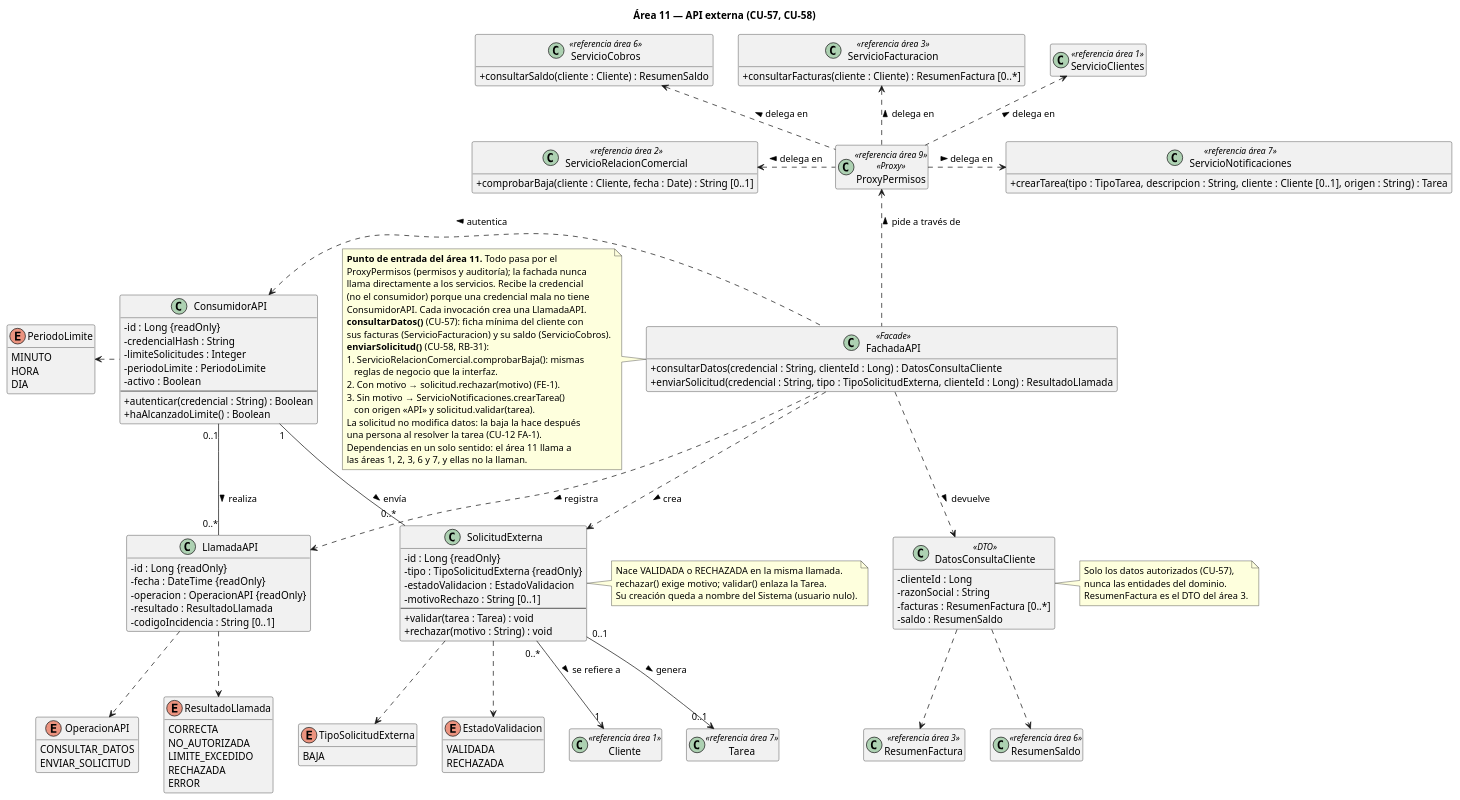
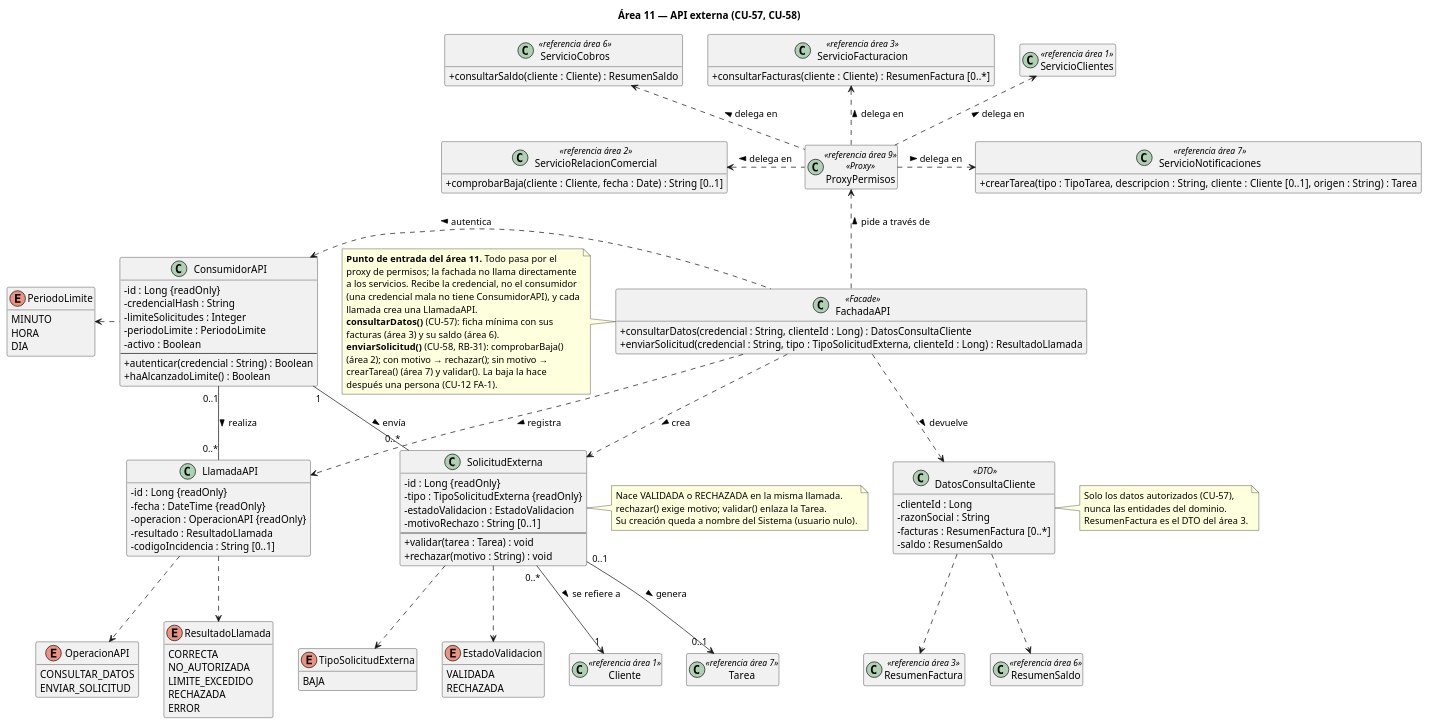
One commit to naybetaomar/AyDA-ProyectoBebes changed the diagram in Entrega2_GrupoBebes/entrega2/diagramas/clases/area11/area11_api_externa.puml. Above: the diagram before and after it, drawn with PlantUML. The commit also changed 98 other files, not shown here.

Commit message:
Ajuste de los diagramas de secuencia, generacion de imagenes para el PDF

```diff
--- a/Entrega2_GrupoBebes/entrega2/diagramas/clases/area11/area11_api_externa.puml
+++ b/Entrega2_GrupoBebes/entrega2/diagramas/clases/area11/area11_api_externa.puml
@@ -1,154 +1,148 @@
 @startuml area11_api_externa
 skinparam classAttributeIconSize 0
 hide empty members
 title Área 11 — API externa (CU-57, CU-58)
 
 ' ---------- Patrón Facade ----------
 class FachadaAPI <<Facade>> {
   + consultarDatos(credencial : String, clienteId : Long) : DatosConsultaCliente
   + enviarSolicitud(credencial : String, tipo : TipoSolicitudExterna, clienteId : Long) : ResultadoLlamada
 }
 
 ' ---------- Modelo propio del área 11 ----------
 class ConsumidorAPI {
   - id : Long {readOnly}
   - credencialHash : String
   - limiteSolicitudes : Integer
   - periodoLimite : PeriodoLimite
   - activo : Boolean
   --
   + autenticar(credencial : String) : Boolean
   + haAlcanzadoLimite() : Boolean
 }
 
 class LlamadaAPI {
   - id : Long {readOnly}
   - fecha : DateTime {readOnly}
   - operacion : OperacionAPI {readOnly}
   - resultado : ResultadoLlamada
   - codigoIncidencia : String [0..1]
 }
 
 class SolicitudExterna {
   - id : Long {readOnly}
   - tipo : TipoSolicitudExterna {readOnly}
   - estadoValidacion : EstadoValidacion
   - motivoRechazo : String [0..1]
   --
   + validar(tarea : Tarea) : void
   + rechazar(motivo : String) : void
 }
 
 class DatosConsultaCliente <<DTO>> {
   - clienteId : Long
   - razonSocial : String
   - facturas : ResumenFactura [0..*]
   - saldo : ResumenSaldo
 }
 
 ' ---------- Enumerados propios del área ----------
 enum OperacionAPI {
   CONSULTAR_DATOS
   ENVIAR_SOLICITUD
 }
 enum ResultadoLlamada {
   CORRECTA
   NO_AUTORIZADA
   LIMITE_EXCEDIDO
   RECHAZADA
   ERROR
 }
 enum PeriodoLimite {
   MINUTO
   HORA
   DIA
 }
 enum TipoSolicitudExterna {
   BAJA
 }
 enum EstadoValidacion {
   VALIDADA
   RECHAZADA
 }
 
 ' ---------- Referencias de otras áreas ----------
 class ProxyPermisos <<referencia área 9>> <<Proxy>>
 class ServicioClientes <<referencia área 1>>
 class ServicioFacturacion <<referencia área 3>> {
   + consultarFacturas(cliente : Cliente) : ResumenFactura [0..*]
 }
 class ServicioCobros <<referencia área 6>> {
   + consultarSaldo(cliente : Cliente) : ResumenSaldo
 }
 class ServicioRelacionComercial <<referencia área 2>> {
   + comprobarBaja(cliente : Cliente, fecha : Date) : String [0..1]
 }
 class ServicioNotificaciones <<referencia área 7>> {
   + crearTarea(tipo : TipoTarea, descripcion : String, cliente : Cliente [0..1], origen : String) : Tarea
 }
 class ResumenFactura <<referencia área 3>>
 class ResumenSaldo <<referencia área 6>>
 class Cliente <<referencia área 1>>
 class Tarea <<referencia área 7>>
 
 ' ---------- Facade ----------
 FachadaAPI .left.> ConsumidorAPI : autentica >
 FachadaAPI .down.> LlamadaAPI : registra >
 FachadaAPI .down.> SolicitudExterna : crea >
 FachadaAPI .down.> DatosConsultaCliente : devuelve >
 FachadaAPI .up.> ProxyPermisos : pide a través de >
 
 ' ---------- Asociaciones ----------
 ConsumidorAPI "0..1" -down- "0..*" LlamadaAPI : realiza >
 ConsumidorAPI "1" -down- "0..*" SolicitudExterna : envía >
 SolicitudExterna "0..*" -down-> "1" Cliente : se refiere a >
 SolicitudExterna "0..1" -down-> "0..1" Tarea : genera >
 DatosConsultaCliente .down.> ResumenFactura
 DatosConsultaCliente .down.> ResumenSaldo
 
 ' ---------- Uso de enumerados ----------
 ConsumidorAPI .left.> PeriodoLimite
 LlamadaAPI .down.> OperacionAPI
 LlamadaAPI .down.> ResultadoLlamada
 SolicitudExterna .down.> TipoSolicitudExterna
 SolicitudExterna .down.> EstadoValidacion
 
 ' ---------- Proxy y servicios de cada área ----------
 ProxyPermisos .up.> ServicioClientes : delega en >
 ProxyPermisos .up.> ServicioFacturacion : delega en >
 ProxyPermisos .up.> ServicioCobros : delega en >
 ProxyPermisos .left.> ServicioRelacionComercial : delega en >
 ProxyPermisos .right.> ServicioNotificaciones : delega en >
 
 note left of FachadaAPI
   **Punto de entrada del área 11.** Todo pasa por el
-  ProxyPermisos (permisos y auditoría); la fachada nunca
-  llama directamente a los servicios. Recibe la credencial
-  (no el consumidor) porque una credencial mala no tiene
-  ConsumidorAPI. Cada invocación crea una LlamadaAPI.
-  **consultarDatos()** (CU-57): ficha mínima del cliente con
-  sus facturas (ServicioFacturacion) y su saldo (ServicioCobros).
-  **enviarSolicitud()** (CU-58, RB-31):
-  1. ServicioRelacionComercial.comprobarBaja(): mismas
-     reglas de negocio que la interfaz.
-  2. Con motivo → solicitud.rechazar(motivo) (FE-1).
-  3. Sin motivo → ServicioNotificaciones.crearTarea()
-     con origen «API» y solicitud.validar(tarea).
-  La solicitud no modifica datos: la baja la hace después
-  una persona al resolver la tarea (CU-12 FA-1).
-  Dependencias en un solo sentido: el área 11 llama a
-  las áreas 1, 2, 3, 6 y 7, y ellas no la llaman.
+  proxy de permisos; la fachada no llama directamente
+  a los servicios. Recibe la credencial, no el consumidor
+  (una credencial mala no tiene ConsumidorAPI), y cada
+  llamada crea una LlamadaAPI.
+  **consultarDatos()** (CU-57): ficha mínima con sus
+  facturas (área 3) y su saldo (área 6).
+  **enviarSolicitud()** (CU-58, RB-31): comprobarBaja()
+  (área 2); con motivo → rechazar(); sin motivo →
+  crearTarea() (área 7) y validar(). La baja la hace
+  después una persona (CU-12 FA-1).
 end note
 
 note right of SolicitudExterna
   Nace VALIDADA o RECHAZADA en la misma llamada.
   rechazar() exige motivo; validar() enlaza la Tarea.
   Su creación queda a nombre del Sistema (usuario nulo).
 end note
 
 note right of DatosConsultaCliente
   Solo los datos autorizados (CU-57),
   nunca las entidades del dominio.
   ResumenFactura es el DTO del área 3.
 end note
 @enduml
```
